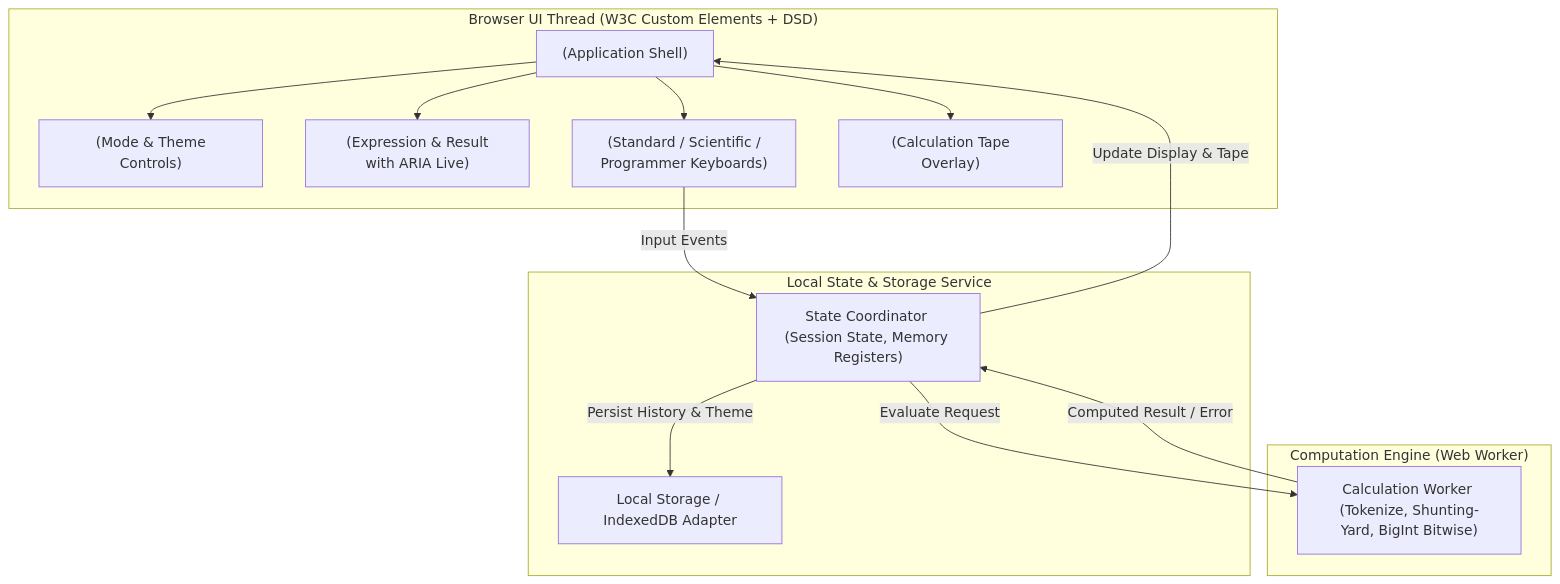
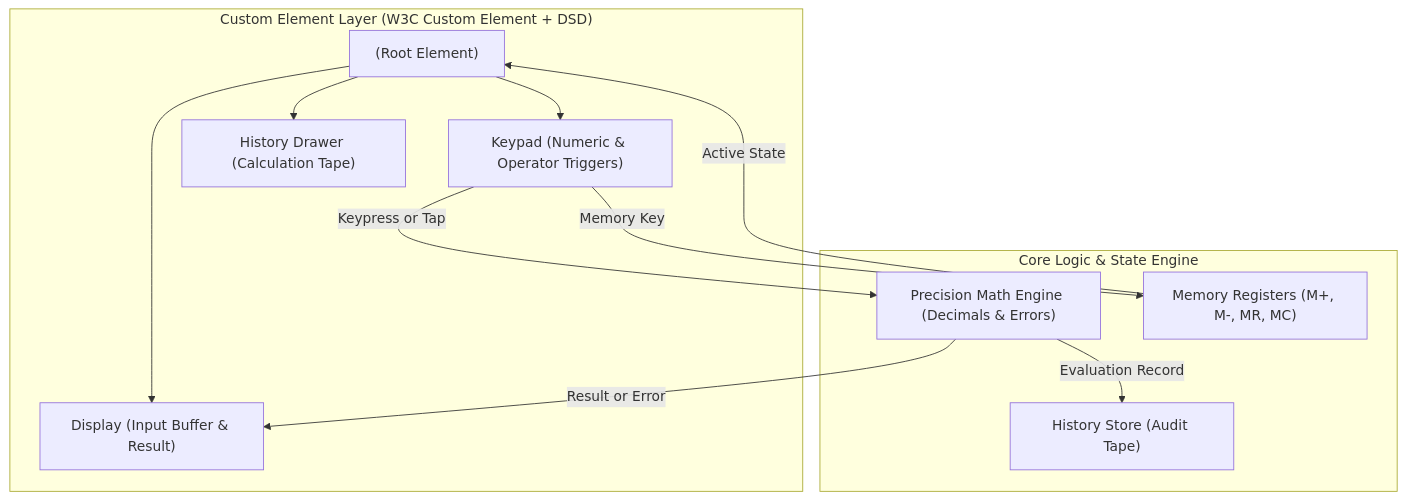
The diagram in docs/context/project/architecture.md (Z1-Test/calculator), drawn with Mermaid before and after one commit. The commit also changed other lines of this file and 9 other files, not shown here.

First line of the commit message:
docs: align system architecture and context with standalone zero-framework benchmark

````diff
--- a/docs/context/project/architecture.md
+++ b/docs/context/project/architecture.md
@@ -20,30 +20,25 @@
 ```mermaid
 flowchart TD
-  subgraph BrowserUI ["Browser UI Thread (W3C Custom Elements + DSD)"]
-    Shell["<stay-calc-app> (Application Shell)"]
-    Header["<stay-calc-header> (Mode & Theme Controls)"]
-    Display["<stay-calc-display> (Expression & Result with ARIA Live)"]
-    Keypad["<stay-calc-keypad> (Standard / Scientific / Programmer Keyboards)"]
-    HistoryDrawer["<stay-calc-history> (Calculation Tape Overlay)"]
+  subgraph UI ["Custom Element Layer (W3C Custom Element + DSD)"]
+    StayCalc["<stay-calc> (Root Element)"]
+    DisplaySlot["Display (Input Buffer & Result)"]
+    KeypadSlot["Keypad (Numeric & Operator Triggers)"]
+    HistoryDrawer["History Drawer (Calculation Tape)"]
   end
 
-  subgraph StateService ["Local State & Storage Service"]
-    StateStore["State Coordinator (Session State, Memory Registers)"]
-    LocalStorageAdapter["Local Storage / IndexedDB Adapter"]
+  subgraph Engine ["Core Logic & State Engine"]
+    MathEngine["Precision Math Engine (Decimals & Errors)"]
+    MemoryReg["Memory Registers (M+, M-, MR, MC)"]
+    HistoryStore["History Store (Audit Tape)"]
   end
 
-  subgraph WorkerThread ["Computation Engine (Web Worker)"]
-    CalcWorker["Calculation Worker (Tokenize, Shunting-Yard, BigInt Bitwise)"]
-  end
+  StayCalc --> DisplaySlot
+  StayCalc --> KeypadSlot
+  StayCalc --> HistoryDrawer
 
-  Shell --> Header
-  Shell --> Display
-  Shell --> Keypad
-  Shell --> HistoryDrawer
-
-  Keypad -->|Input Events| StateStore
-  StateStore -->|Evaluate Request| CalcWorker
-  CalcWorker -->|Computed Result / Error| StateStore
-  StateStore -->|Update Display & Tape| Shell
-  StateStore -->|Persist History & Theme| LocalStorageAdapter
+  KeypadSlot -->|Keypress or Tap| MathEngine
+  MathEngine -->|Result or Error| DisplaySlot
+  MathEngine -->|Evaluation Record| HistoryStore
+  KeypadSlot -->|Memory Key| MemoryReg
+  MemoryReg -->|Active State| StayCalc
 ```
````
